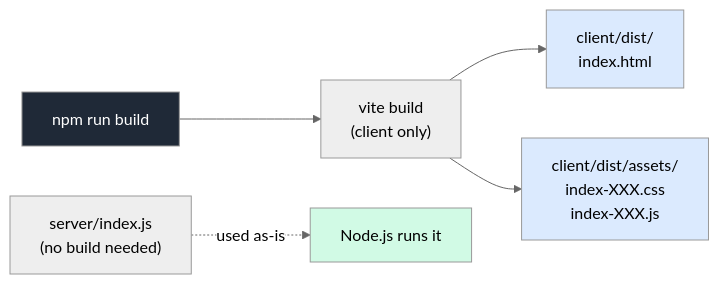
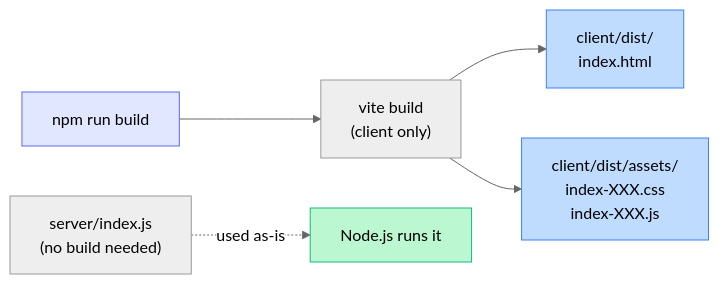
The fourth of 7 diagrams in docs/build-architecture.md (ahmadkhalil2021/fullstack-task-board), drawn with Mermaid (neutral theme) before and after one commit. The commit also changed other lines of this file, not shown here.

First line of the commit message:
Fix dark mode font visibility in Mermaid diagrams

````diff
--- a/docs/build-architecture.md
+++ b/docs/build-architecture.md
@@ -105,12 +118,14 @@
 ```mermaid
 flowchart LR
     A[npm run build] --> B["vite build<br/>(client only)"]
     B --> C["client/dist/<br/>index.html"]
     B --> D["client/dist/assets/<br/>index-XXX.css<br/>index-XXX.js"]
     E["server/index.js<br/>(no build needed)"] -.used as-is.-> F[Node.js runs it]
 
-    style A fill:#1f2937,color:#fff
-    style C fill:#dbeafe
-    style D fill:#dbeafe
-    style F fill:#d1fae5
+    classDef inputNode fill:#e0e7ff,stroke:#6366f1
+    classDef clientNode fill:#bfdbfe,stroke:#3b82f6
+    classDef serverNode fill:#bbf7d0,stroke:#10b981
+    class A inputNode
+    class C,D clientNode
+    class F serverNode
 ```
````
